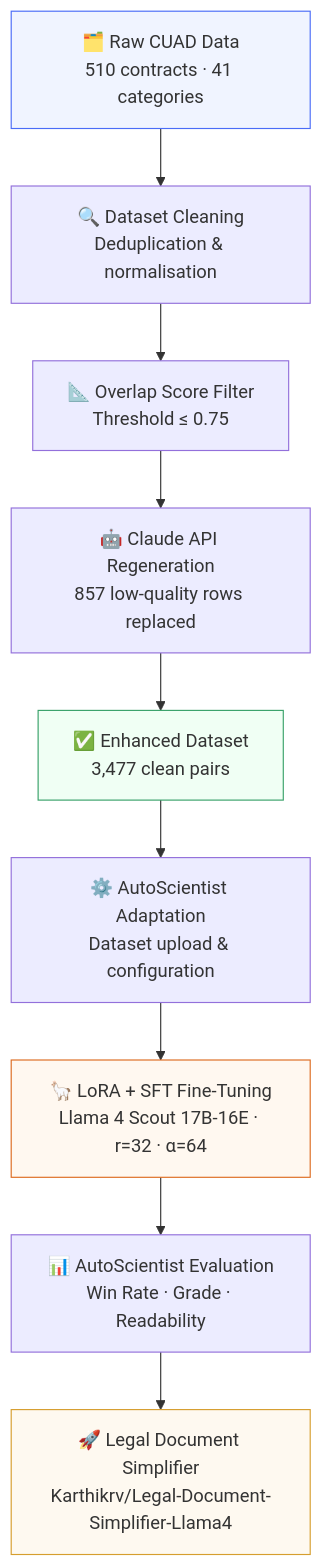
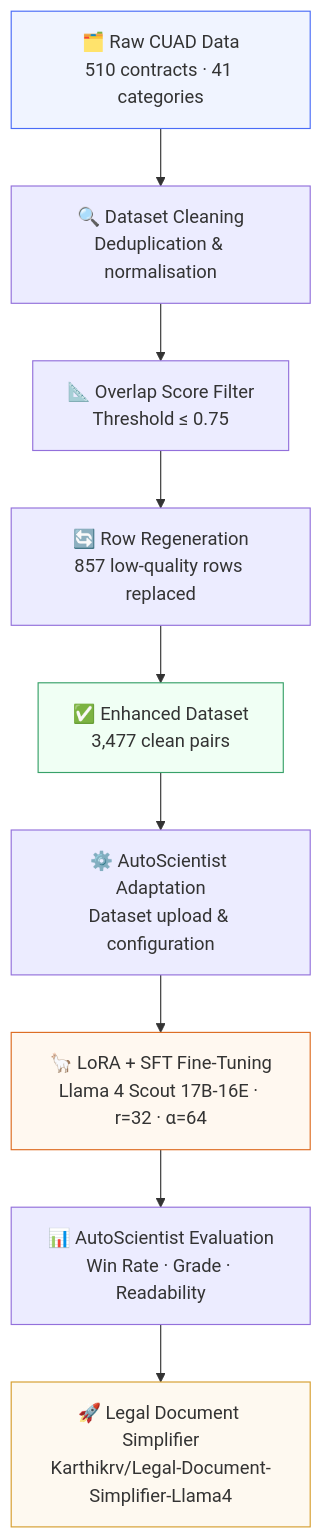
One commit to KarthikRV1107/adaption-autoscientist-challenge-50000-prize-pool-byteme changed the first of 2 diagrams in README.md. Above: the diagram before and after it, drawn with Mermaid. The commit also changed other lines of this file, not shown here.

````diff
--- a/README.md
+++ b/README.md
@@ -131,16 +132,16 @@
 ```mermaid
 flowchart TD
     A["🗂️ Raw CUAD Data\n510 contracts · 41 categories"] --> B["🔍 Dataset Cleaning\nDeduplication & normalisation"]
     B --> C["📐 Overlap Score Filter\nThreshold ≤ 0.75"]
-    C --> D["🤖 Claude API Regeneration\n857 low-quality rows replaced"]
+    C --> D["🔄 Row Regeneration\n857 low-quality rows replaced"]
     D --> E["✅ Enhanced Dataset\n3,477 clean pairs"]
     E --> F["⚙️ AutoScientist Adaptation\nDataset upload & configuration"]
     F --> G["🦙 LoRA + SFT Fine-Tuning\nLlama 4 Scout 17B-16E · r=32 · α=64"]
     G --> H["📊 AutoScientist Evaluation\nWin Rate · Grade · Readability"]
     H --> I["🚀 Legal Document Simplifier\nKarthikrv/Legal-Document-Simplifier-Llama4"]
 
     style A fill:#f0f4ff,stroke:#4a6cf7
     style E fill:#f0fff4,stroke:#38a169
     style G fill:#fff8f0,stroke:#dd6b20
     style I fill:#fef9f0,stroke:#d69e2e
 ```
````
